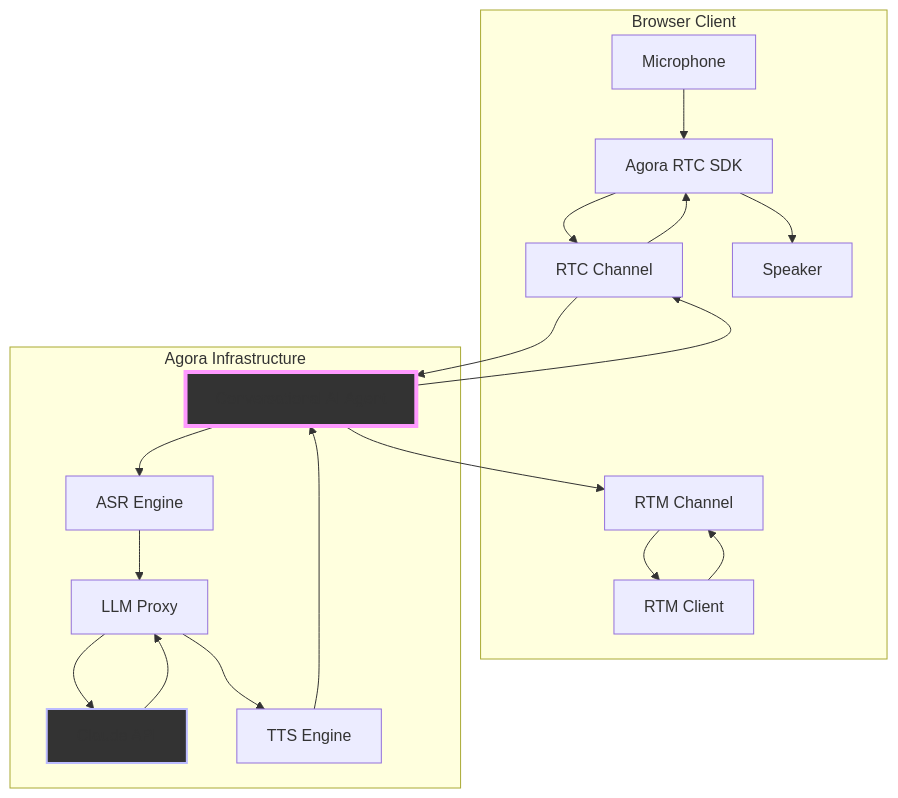
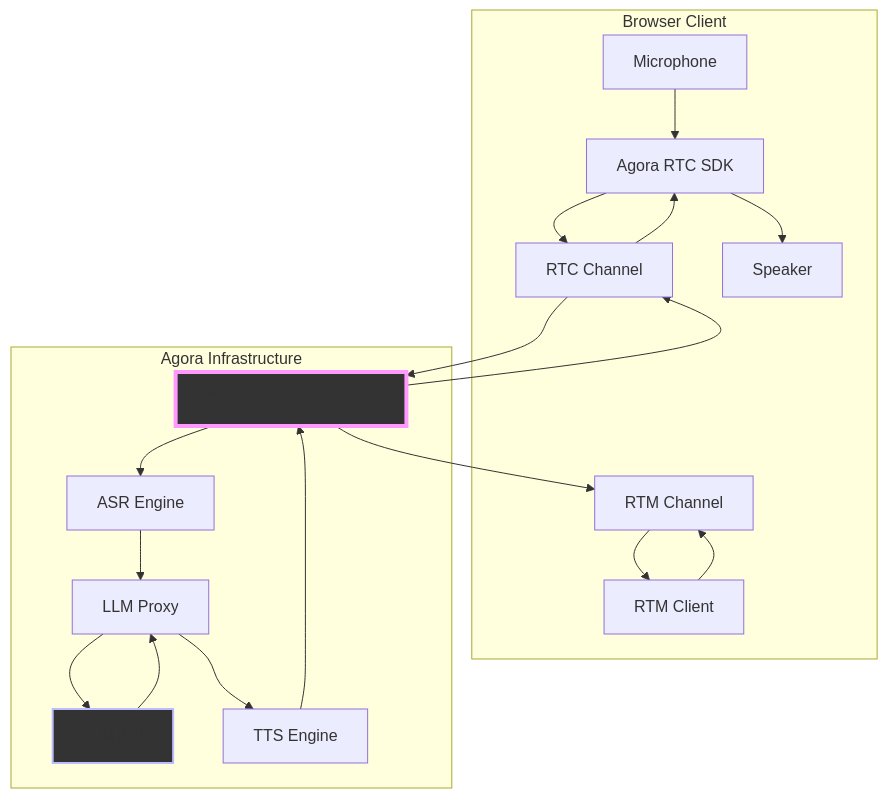
The first of 4 diagrams in GUIDE2.md (frank005/convo_ai), drawn with Mermaid before and after one commit. The commit also changed other lines of this file and 4 other files, not shown here.

Commit message:
Update GUIDE2.md and VENDORS.md: Refine voice agent architecture explanations, enhance LLM configuration details, and introduce skip patterns for TTS vendors. Improve clarity on audio processing and agent interaction flow, while expanding language support for ASR vendors.

````diff
--- a/GUIDE2.md
+++ b/GUIDE2.md
@@ -18,26 +18,26 @@
 ```mermaid
 graph TB
     subgraph Browser["Browser Client"]
         MIC[Microphone] --> RTC_SDK[Agora RTC SDK]
         RTC_SDK --> RTC_CH[RTC Channel]
         RTC_CH --> RTC_SDK
         RTC_SDK --> SPEAKER[Speaker]
         RTM_SDK[RTM Client] --> RTM_CH[RTM Channel]
         RTM_CH --> RTM_SDK
     end
 
     subgraph Agora["Agora Infrastructure"]
         RTC_CH --> AGENT[Conversational AI Agent]
         AGENT --> RTC_CH
         AGENT --> ASR[ASR Engine]
         ASR --> LLM_PROXY[LLM Proxy]
-        LLM_PROXY --> CLAUDE[Claude API]
-        CLAUDE --> LLM_PROXY
+        LLM_PROXY --> LLM[LLM API]
+        LLM --> LLM_PROXY
         LLM_PROXY --> TTS[TTS Engine]
         TTS --> AGENT
         AGENT --> RTM_CH
     end
 
     style AGENT fill:#333,stroke:#f9f,stroke-width:4px
-    style CLAUDE fill:#333,stroke:#bbf,stroke-width:2px
+    style LLM fill:#333,stroke:#bbf,stroke-width:2px
 ```
````
